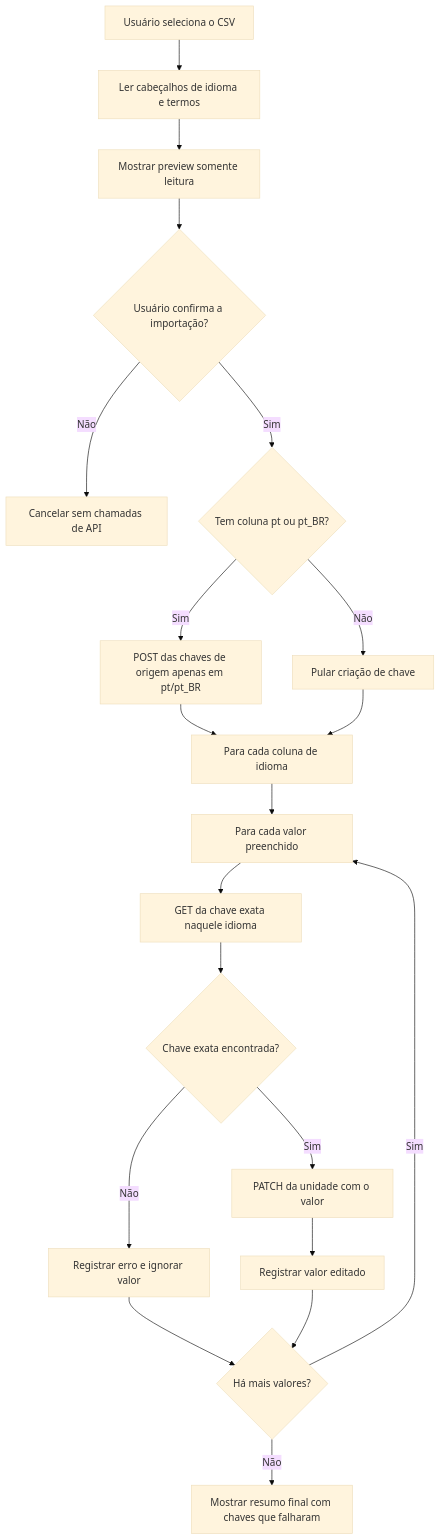
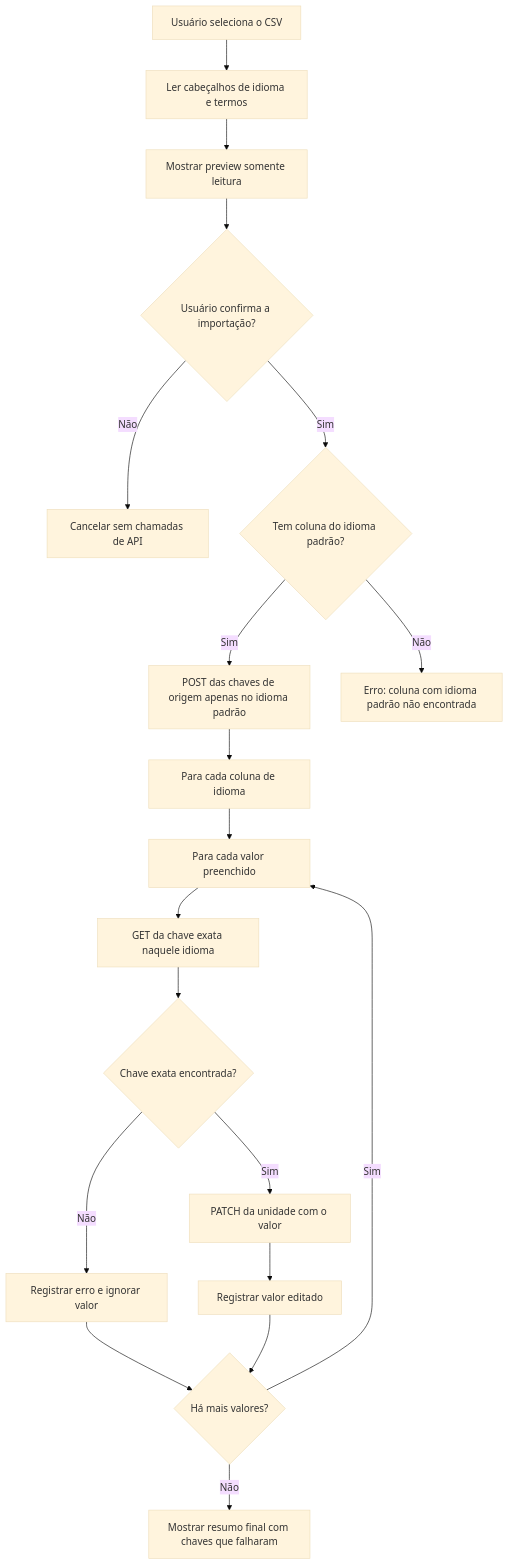
Before and after one commit to aevoti/fastlate: the diagram in README.md, drawn with Mermaid (base theme). The commit also changed other lines of this file and 27 other files, not shown here.

````diff
--- a/README.md
+++ b/README.md
@@ -132,22 +134,21 @@
 ```mermaid
 flowchart TD
   A["Usuário seleciona o CSV"] --> B["Ler cabeçalhos de idioma e termos"]
   B --> C["Mostrar preview somente leitura"]
   C --> D{"Usuário confirma a importação?"}
   D -- "Não" --> E["Cancelar sem chamadas de API"]
-  D -- "Sim" --> F{"Tem coluna pt ou pt_BR?"}
-  F -- "Sim" --> G["POST das chaves de origem apenas em pt/pt_BR"]
-  F -- "Não" --> H["Pular criação de chave"]
+  D -- "Sim" --> F{"Tem coluna do idioma padrão?"}
+  F -- "Sim" --> G["POST das chaves de origem apenas no idioma padrão"]
+  F -- "Não" --> H["Erro: coluna com idioma padrão não encontrada"]
   G --> I["Para cada coluna de idioma"]
-  H --> I
   I --> J["Para cada valor preenchido"]
   J --> K["GET da chave exata naquele idioma"]
   K --> L{"Chave exata encontrada?"}
   L -- "Não" --> M["Registrar erro e ignorar valor"]
   L -- "Sim" --> N["PATCH da unidade com o valor"]
   N --> O["Registrar valor editado"]
   M --> P{"Há mais valores?"}
   O --> P
   P -- "Sim" --> J
   P -- "Não" --> Q["Mostrar resumo final com chaves que falharam"]
 ```
````
